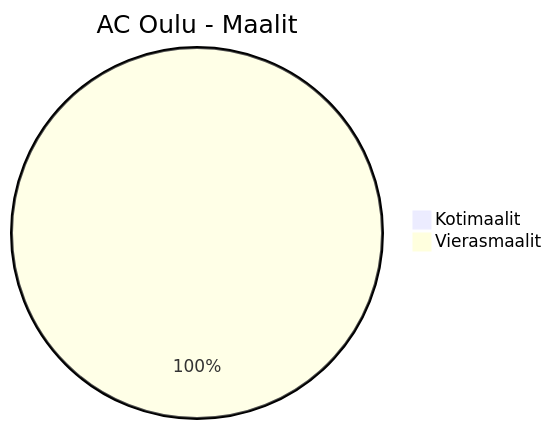
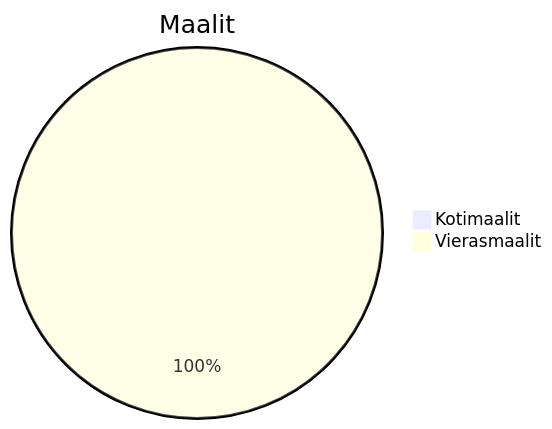
The fifth of 27 diagrams in Yleisö2025.md (Linux88888/Veikkausliiga2025), drawn with Mermaid before and after one commit. The commit also changed other lines of this file, not shown here.

````diff
--- a/Yleisö2025.md
+++ b/Yleisö2025.md
@@ -40,5 +38,5 @@
 ```mermaid
-pie title AC Oulu - Maalit
+pie title Maalit
     "Kotimaalit" : 0
     "Vierasmaalit" : 5
 ```
````
